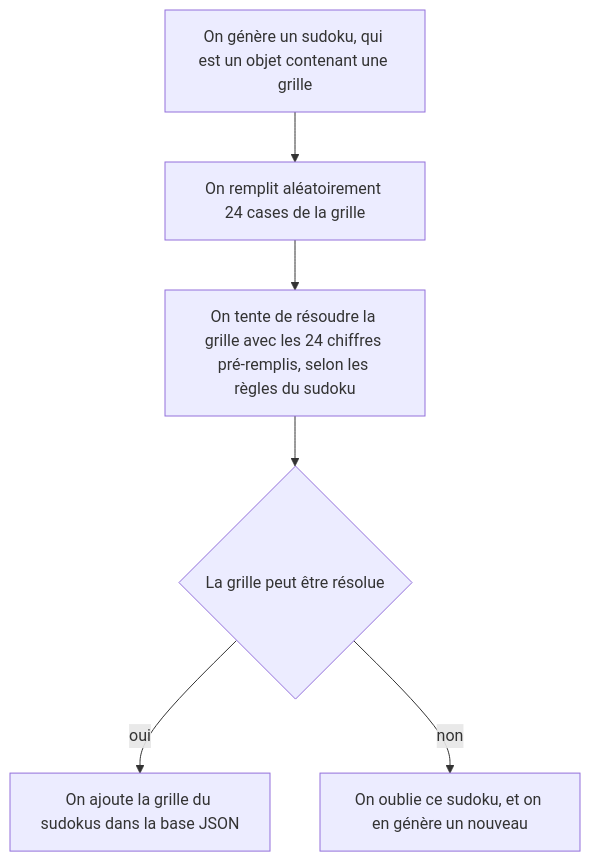
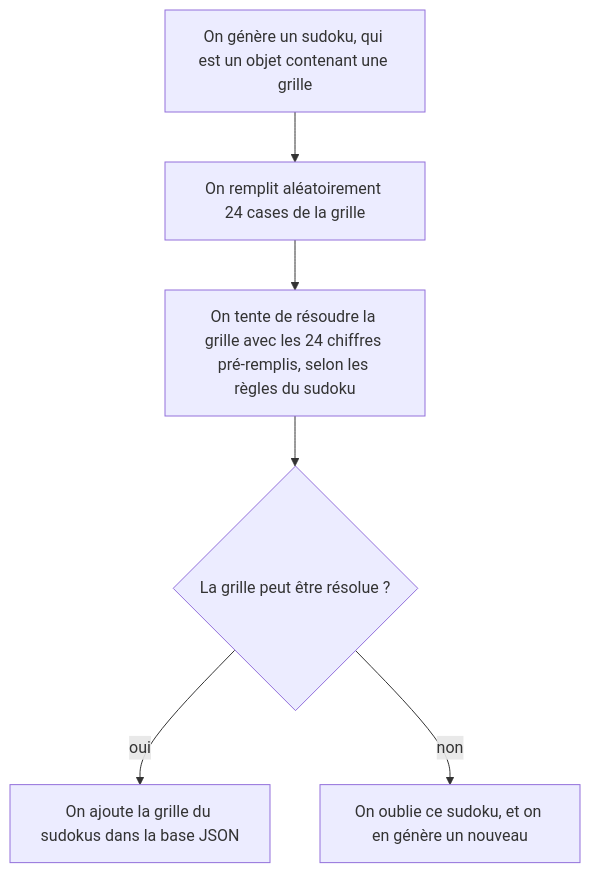
Before and after one commit to ndebarle/SudoMath: the third of 3 diagrams in modelisation.md, drawn with Mermaid.

Commit message:
Màj de l'organigramme de programmation

````diff
--- a/modelisation.md
+++ b/modelisation.md
@@ -90,9 +90,9 @@
 ```mermaid
     graph TD
     A[On génère un sudoku, qui est un objet contenant une grille] --> B[On remplit aléatoirement 24 cases de la grille]
     B --> G[On tente de résoudre la grille avec les 24 chiffres pré-remplis, selon les règles du sudoku]
-    G --> C{La grille peut être résolue}
+    G --> C{La grille peut être résolue ?}
     C -->|oui| D[On ajoute la grille du sudokus dans la base JSON]
     C -->|non| E[On oublie ce sudoku, et on en génère un nouveau]
 
 ```
````
